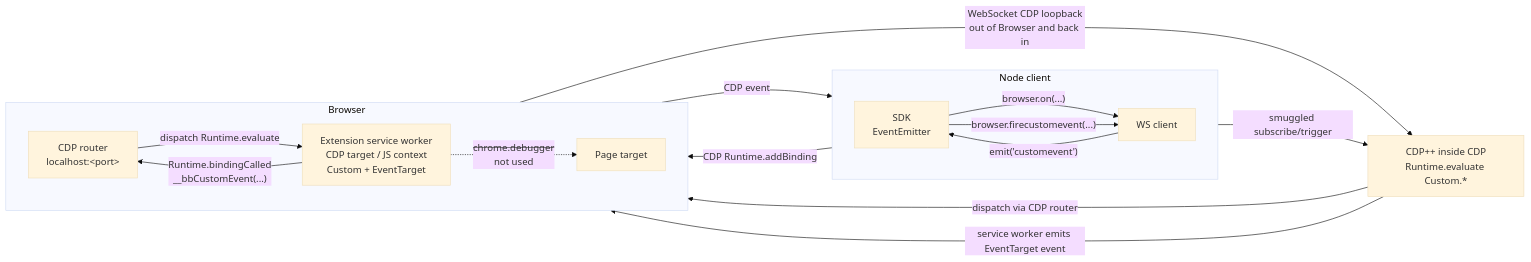
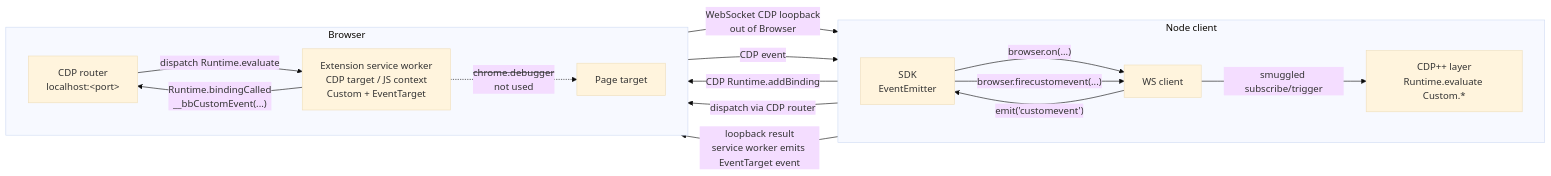
One commit to pirate/chrome-cdp-extension-bridge changed the fourth of 4 diagrams in README.md. Above: the diagram before and after it, drawn with Mermaid (base theme). The commit also changed other lines of this file, not shown here.

Commit message:
Place smuggled CDP layer inside node diagrams

````diff
--- a/README.md
+++ b/README.md
@@ -131,30 +130,29 @@
 ```mermaid
 flowchart LR
   subgraph Node["Node client"]
     direction LR
     SDK["SDK<br/>EventEmitter"]
     WS["WS client"]
+    Smuggle["CDP++ layer<br/>Runtime.evaluate Custom.*"]
     SDK -->|"browser.on(...)"| WS
     SDK -->|"browser.firecustomevent(...)"| WS
+    WS -->|"smuggled subscribe/trigger"| Smuggle
   end
 
   subgraph Browser["Browser"]
     direction LR
     CDP["CDP router<br/>localhost:&lt;port&gt;"]
     SW["Extension service worker<br/>CDP target / JS context<br/>Custom + EventTarget"]
     Page["Page target"]
     CDP -->|"dispatch Runtime.evaluate"| SW
     SW -. "<s>chrome.debugger</s><br/>not used" .-> Page
   end
 
-  Smuggle["CDP++ inside CDP<br/>Runtime.evaluate Custom.*"]
-
   WS -->|"CDP Runtime.addBinding"| CDP
-  WS -->|"smuggled subscribe/trigger"| Smuggle
   Smuggle -->|"dispatch via CDP router"| CDP
-  SW -->|"WebSocket CDP loopback<br/>out of Browser and back in"| Smuggle
-  Smuggle -->|"service worker emits EventTarget event"| SW
+  SW -->|"WebSocket CDP loopback<br/>out of Browser"| Smuggle
+  Smuggle -->|"loopback result<br/>service worker emits EventTarget event"| SW
   SW -->|"Runtime.bindingCalled<br/>__bbCustomEvent(...)"| CDP
   CDP -->|"CDP event"| WS
   WS -->|"emit('customevent')"| SDK
 ```
````
